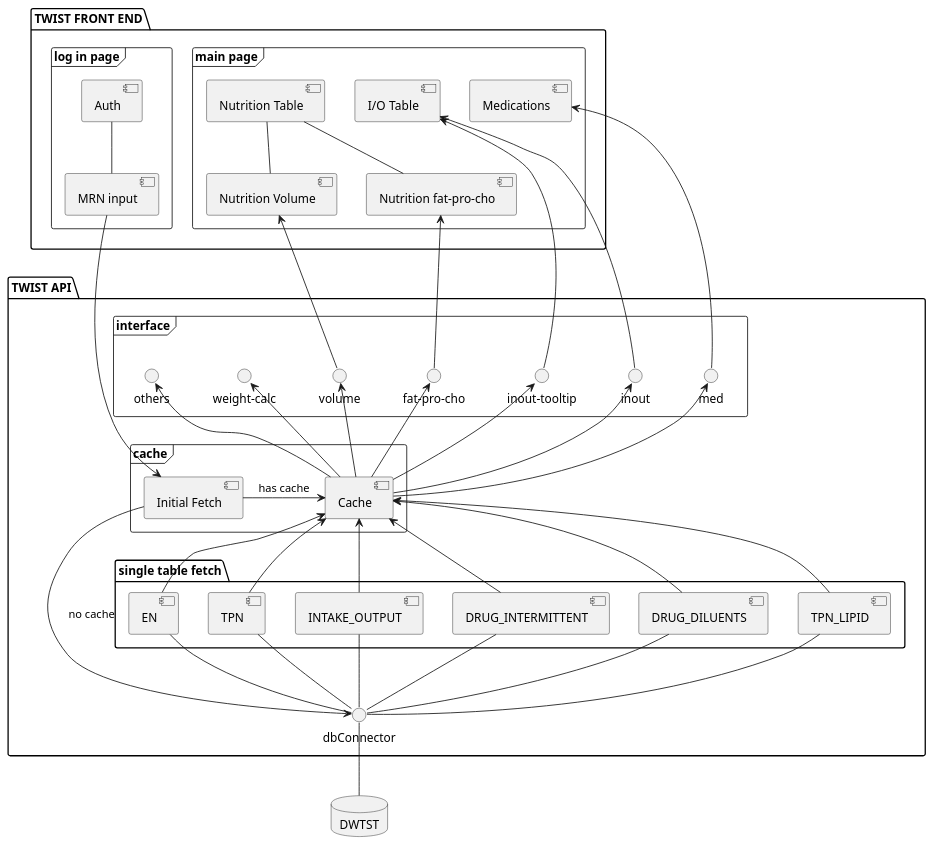
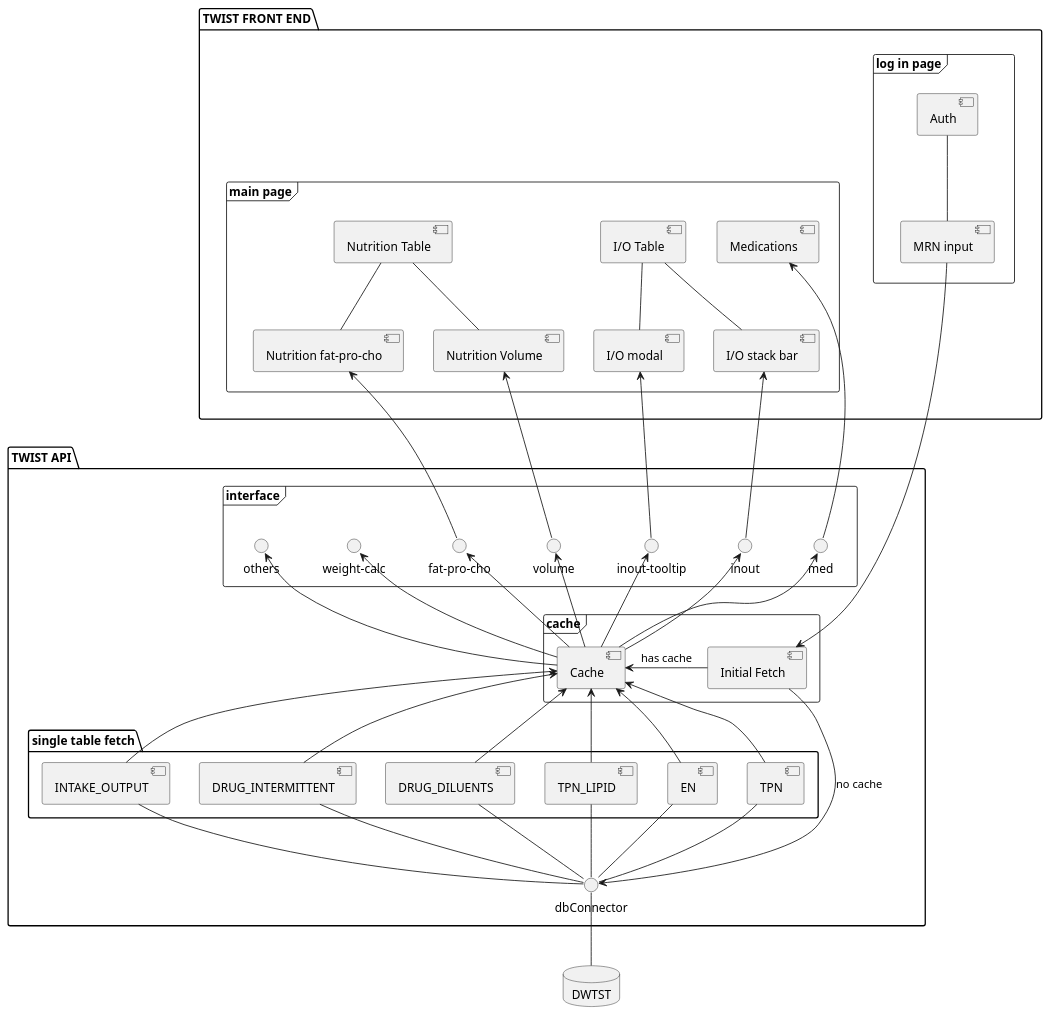
One commit to TwistTRL/nodejs-twist-api changed the diagram in assets/db-api-front-v2.iuml. Above: the diagram before and after it, drawn with PlantUML. The commit also changed 1 other file, not shown here.

```diff
--- a/assets/db-api-front-v2.iuml
+++ b/assets/db-api-front-v2.iuml
@@ -1,77 +1,80 @@
 @startuml db-api-frontend
 
 ' skinparam componentStyle uml2
 
 package "TWIST FRONT END" {
-    frame "log in page" {
+    frame "log in page" as login {
         [Auth] -- [MRN input]
     }
 
-    frame "main page" {
+    frame "main page" as main {
         [Nutrition Table] -- [Nutrition Volume]
         [Nutrition Table] -- [Nutrition fat-pro-cho]
-        [I/O Table]
+        [I/O Table] -- [I/O stack bar]
+        [I/O Table] -- [I/O modal]
         [Medications]
     }
 }
 
 package "TWIST API" {
     package "single table fetch" {
         [TPN_LIPID]
         [EN]
         [TPN]
         [INTAKE_OUTPUT]
         [DRUG_INTERMITTENT]
         [DRUG_DILUENTS]
     }
 
     frame "cache" {
-        [Cache] <-left- [Initial Fetch] :has cache
+        [Initial Fetch] -left-> [Cache] :has cache
     }
 
     [Initial Fetch] -down-> dbConnector :no cache
     [TPN_LIPID] -down- dbConnector
     [EN] -down- dbConnector
     [TPN] -down- dbConnector
     [INTAKE_OUTPUT] -down- dbConnector
     [DRUG_INTERMITTENT] -down- dbConnector
     [DRUG_DILUENTS] -down- dbConnector
 
     frame "interface" {
         interface "fat-pro-cho" as fpc
         interface volume
         interface "inout-tooltip" as iot
         interface inout
         interface med
         interface "weight-calc" as weightc
         interface others
     }
 }
 
 database DWTST
 
+login -[hidden]down- main
+
 [MRN input] -down-> [Initial Fetch]
 [Cache] <-- [TPN_LIPID]
 [Cache] <-- [TPN]
 [Cache] <-- [EN]
 [Cache] <-- [INTAKE_OUTPUT]
 [Cache] <-- [DRUG_INTERMITTENT]
 [Cache] <-- [DRUG_DILUENTS]
 
 [Nutrition Volume] <-- volume
 [Nutrition fat-pro-cho] <-- fpc
-[I/O Table] <-- inout
-[I/O Table] <-- iot
+[I/O stack bar] <-- inout
+[I/O modal] <-- iot
 [Medications] <-- med
 
 [Cache] -up-> volume
 [Cache] -up-> fpc
 [Cache] -up-> inout
 [Cache] -up-> iot
 [Cache] -up-> med
 [Cache] -up-> weightc
 [Cache] -up-> others
 
 DWTST -up- dbConnector
 
 @enduml
```
